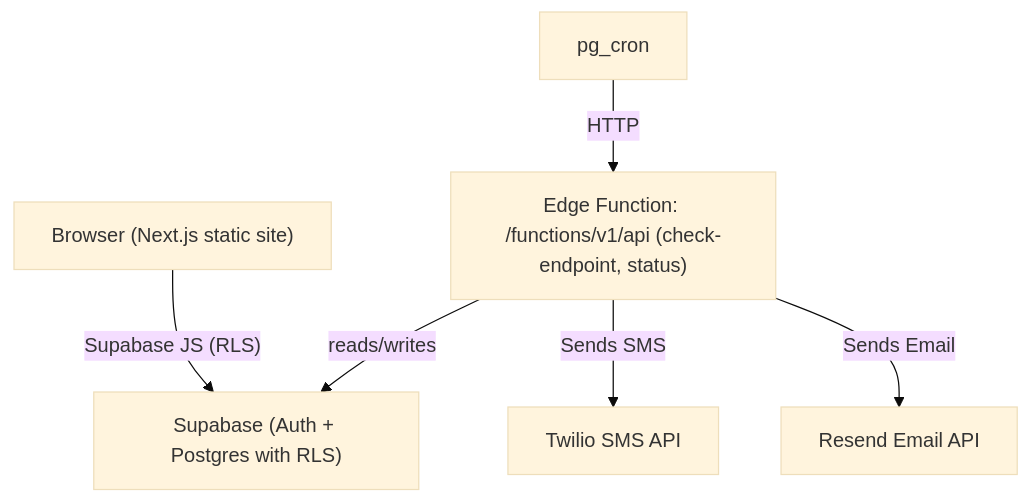
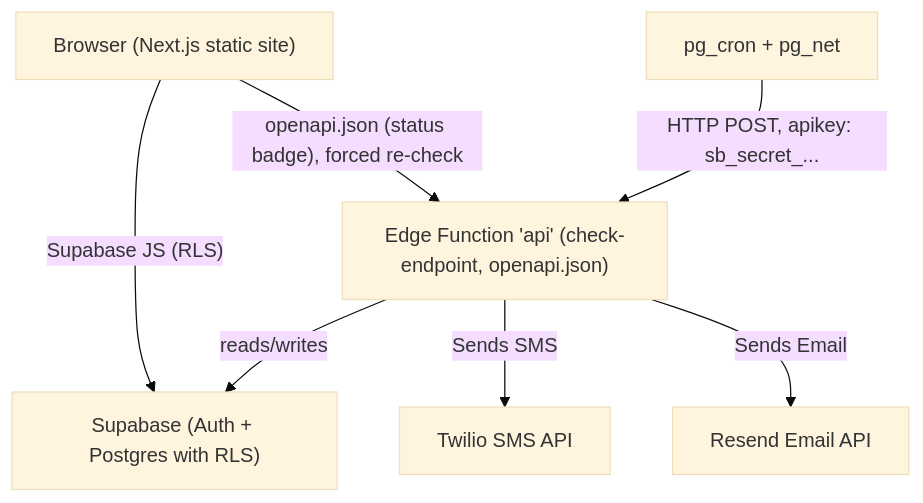
One commit to johnstonmatt/roorooroo-app changed the diagram in README.md. Above: the diagram before and after it, drawn with Mermaid (base theme). The commit also changed other lines of this file and 8 other files, not shown here.

Commit message:
refactor: clarify middleware architecture and track notification channel errors

````diff
--- a/README.md
+++ b/README.md
@@ -125,15 +207,16 @@
 ```mermaid
 flowchart TD
   A["Browser (Next.js static site)"]
   DB["Supabase (Auth + Postgres with RLS)"]
-FN["Edge Function: /functions/v1/api (check-endpoint, status)"]
-  CRON["pg_cron"]
+  FN["Edge Function 'api' (check-endpoint, openapi.json)"]
+  CRON["pg_cron + pg_net"]
   TW["Twilio SMS API"]
   RS["Resend Email API"]
 
   A -- Supabase JS (RLS) --> DB
-  CRON -- HTTP --> FN
+  A -- "openapi.json (status badge), forced re-check" --> FN
+  CRON -- "HTTP POST, apikey: sb_secret_..." --> FN
   FN -- reads/writes --> DB
   FN -- Sends SMS --> TW
   FN -- Sends Email --> RS
 ```
````
